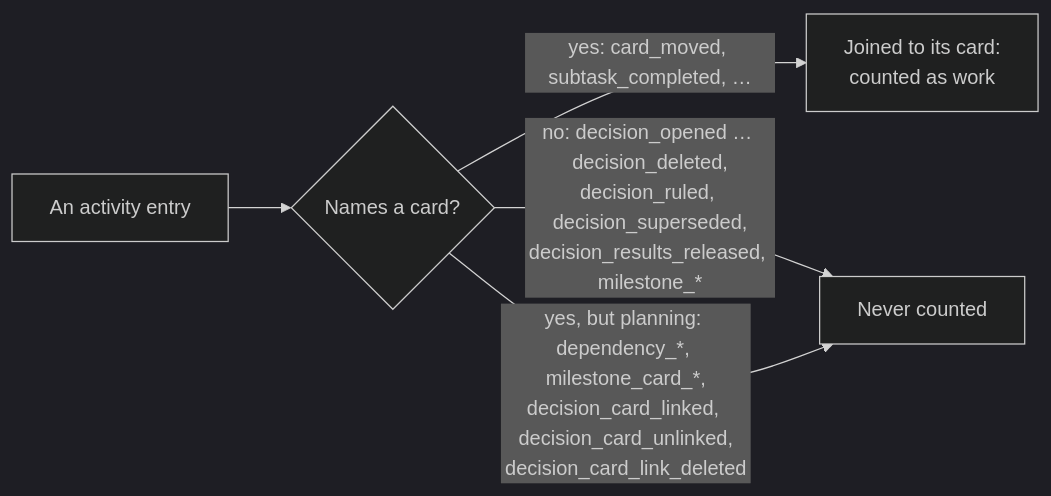
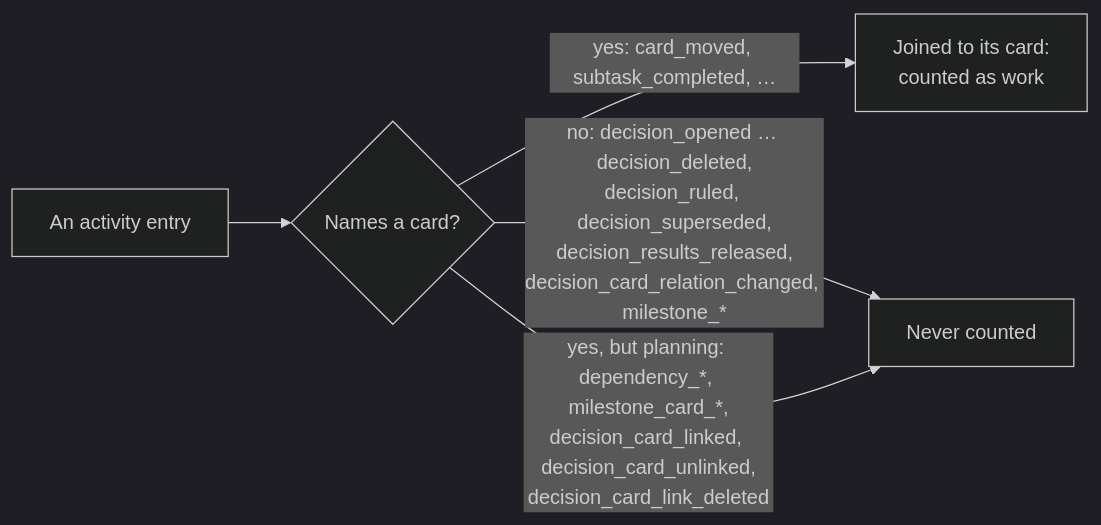
One commit to gitBoon/DumpFire changed the third of 6 diagrams in docs/management-reporting.md. Above: the diagram before and after it, drawn with Mermaid (dark theme). The commit also changed other lines of this file and 56 other files, not shown here.

````diff
--- a/docs/management-reporting.md
+++ b/docs/management-reporting.md
@@ -196,7 +202,7 @@
 ```mermaid
 flowchart LR
     Entry["An activity entry"] --> HasCard{"Names a card?"}
     HasCard -->|"yes: card_moved, subtask_completed, …"| Counted["Joined to its card:<br/>counted as work"]
-    HasCard -->|"no: decision_opened … decision_deleted,<br/>decision_ruled, decision_superseded,<br/>decision_results_released, milestone_*"| Ignored["Never counted"]
+    HasCard -->|"no: decision_opened … decision_deleted,<br/>decision_ruled, decision_superseded,<br/>decision_results_released,<br/>decision_card_relation_changed, milestone_*"| Ignored["Never counted"]
     HasCard -->|"yes, but planning: dependency_*, milestone_card_*,<br/>decision_card_linked, decision_card_unlinked,<br/>decision_card_link_deleted"| Ignored
 ```
````
